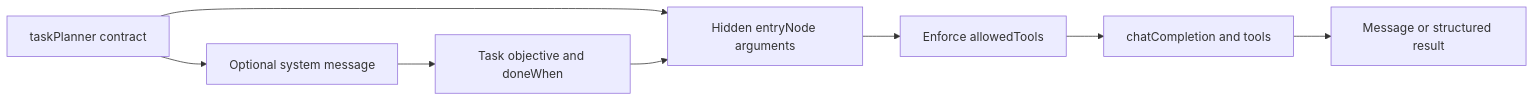
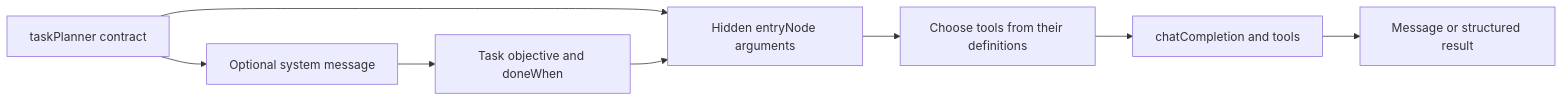
Before and after one commit to Xyntopia/taskyon: the diagram in packages/tycli/README.md, drawn with Mermaid. The commit also changed other lines of this file and 8 other files, not shown here.

````diff
--- a/packages/tycli/README.md
+++ b/packages/tycli/README.md
@@ -191,10 +193,10 @@
 ```mermaid
 flowchart LR
   P[taskPlanner contract] --> S[Optional system message]
   S --> U[Task objective and doneWhen]
   P --> E[Hidden entryNode arguments]
   U --> E
-  E --> T[Enforce allowedTools]
+  E --> T[Choose tools from their definitions]
   T --> C[chatCompletion and tools]
   C --> R[Message or structured result]
 ```
````
